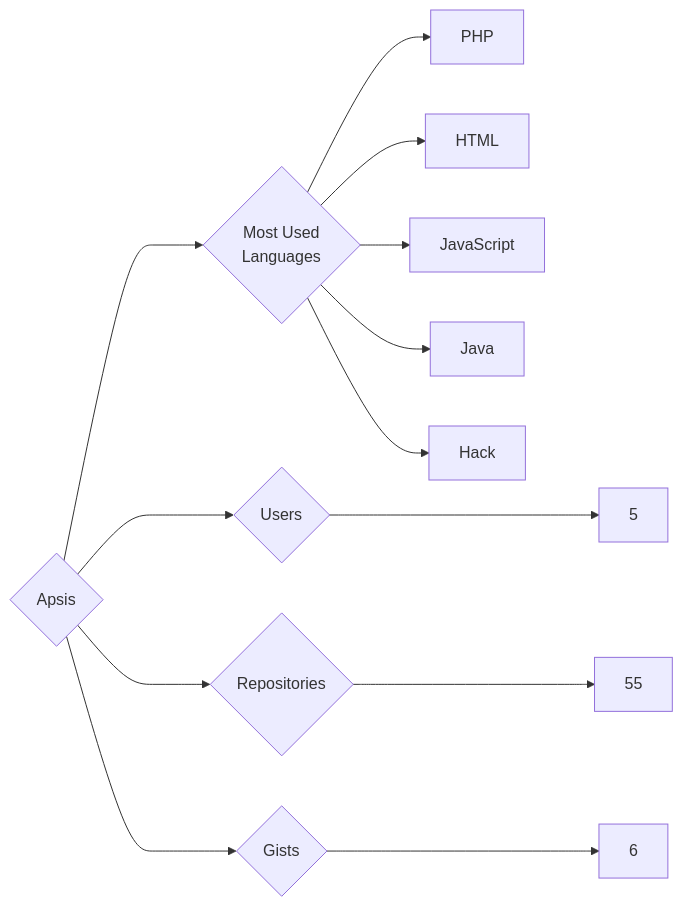
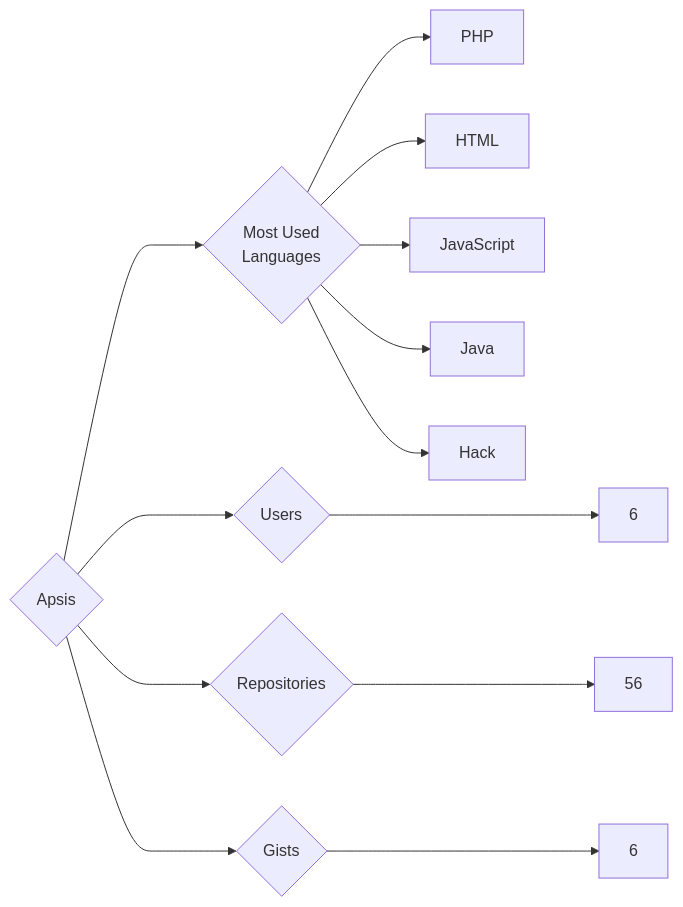
Before and after one commit to trickest/insiders: the diagram in targets/Apsis/README.md, drawn with Mermaid. The commit also changed 985 other files, not shown here.

````diff
--- a/targets/Apsis/README.md
+++ b/targets/Apsis/README.md
@@ -3,13 +3,13 @@
 ```mermaid
 graph LR
 COMPANY_NAME{Apsis}
-COMPANY_NAME ---> U{Users} ---> UN[5]
-COMPANY_NAME ---> R{Repositories} ---> RN[55]
+COMPANY_NAME ---> U{Users} ---> UN[6]
+COMPANY_NAME ---> R{Repositories} ---> RN[56]
 COMPANY_NAME ---> G{Gists} ---> GN[6]
 COMPANY_NAME ---> ML{Most Used<br>Languages}
 ML --> PHP[PHP]
 ML --> HTML[HTML]
 ML --> JavaScript[JavaScript]
 ML --> Java[Java]
 ML --> Hack[Hack]
 ```
````
